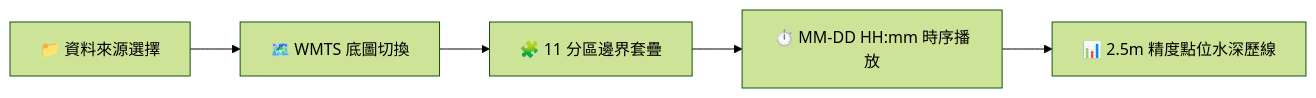
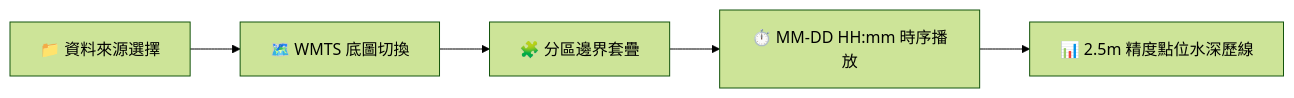
The diagram in docs/USER_MANUAL.md (shencoop/Delft3dfm-1D2D-viewer), drawn with Mermaid (forest theme) before and after one commit. The commit also changed other lines of this file, not shown here.

````diff
--- a/docs/USER_MANUAL.md
+++ b/docs/USER_MANUAL.md
@@ -165,7 +165,7 @@
 ```mermaid
 flowchart LR
     A[📁 資料來源選擇] --> B[🗺️ WMTS 底圖切換]
-    B --> C[🧩 11 分區邊界套疊]
+    B --> C[🧩  分區邊界套疊]
     C --> D[⏱️ MM-DD HH:mm 時序播放]
     D --> E[📊 2.5m 精度點位水深歷線]
 ```
````
